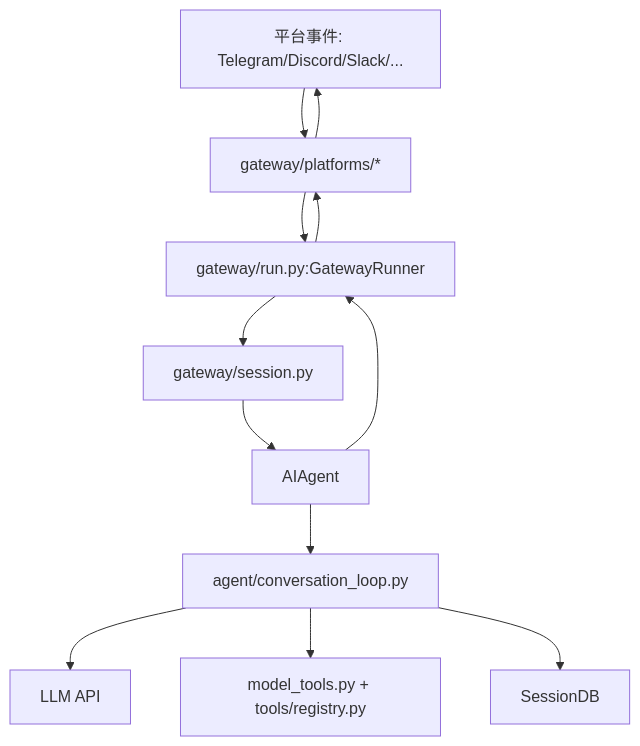
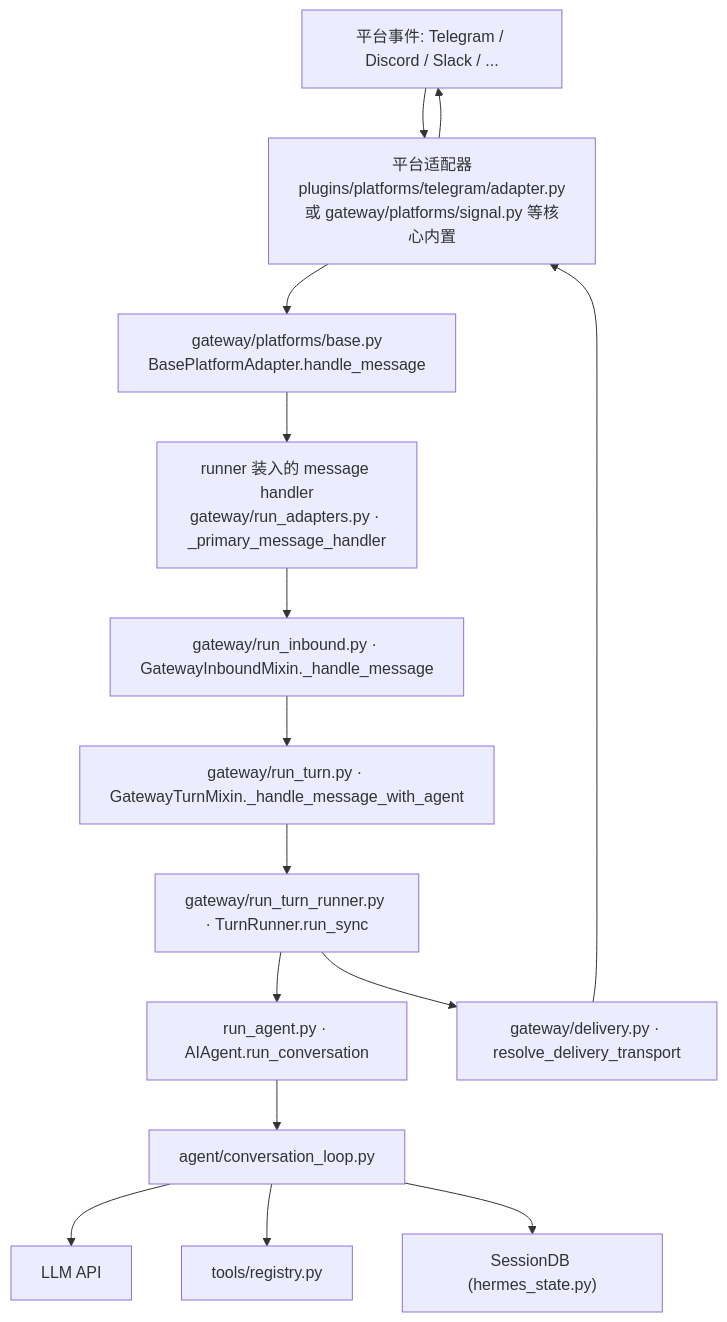
Before and after one commit to adrian9778/hermes-agent: the first of 4 diagrams in docs/sourceReader/05-消息网关与平台适配.md, drawn with Mermaid. The commit also changed other lines of this file and 22 other files, not shown here.

````diff
--- a/docs/sourceReader/05-消息网关与平台适配.md
+++ b/docs/sourceReader/05-消息网关与平台适配.md
@@ -22,14 +32,17 @@
 ```mermaid
 flowchart TD
-    P[平台事件: Telegram/Discord/Slack/...] --> AD[gateway/platforms/*]
-    AD --> GW[gateway/run.py:GatewayRunner]
-    GW --> SESS[gateway/session.py]
-    SESS --> AG[AIAgent]
-    AG --> LOOP[agent/conversation_loop.py]
+    P[平台事件: Telegram / Discord / Slack / ...] --> AD["平台适配器<br/>plugins/platforms/telegram/adapter.py<br/>或 gateway/platforms/signal.py 等核心内置"]
+    AD --> BASE["gateway/platforms/base.py<br/>BasePlatformAdapter.handle_message"]
+    BASE --> H["runner 装入的 message handler<br/>gateway/run_adapters.py · _primary_message_handler"]
+    H --> IN["gateway/run_inbound.py · GatewayInboundMixin._handle_message"]
+    IN --> TURN["gateway/run_turn.py · GatewayTurnMixin._handle_message_with_agent"]
+    TURN --> TR["gateway/run_turn_runner.py · TurnRunner.run_sync"]
+    TR --> AG["run_agent.py · AIAgent.run_conversation"]
+    AG --> LOOP["agent/conversation_loop.py"]
     LOOP --> LLM[LLM API]
-    LOOP --> TOOLS[model_tools.py + tools/registry.py]
-    LOOP --> DB[SessionDB]
-    AG --> GW
-    GW --> AD
+    LOOP --> TOOLS["tools/registry.py"]
+    LOOP --> DB["SessionDB (hermes_state.py)"]
+    TR --> DEL["gateway/delivery.py · resolve_delivery_transport"]
+    DEL --> AD
     AD --> P
 ```
````
